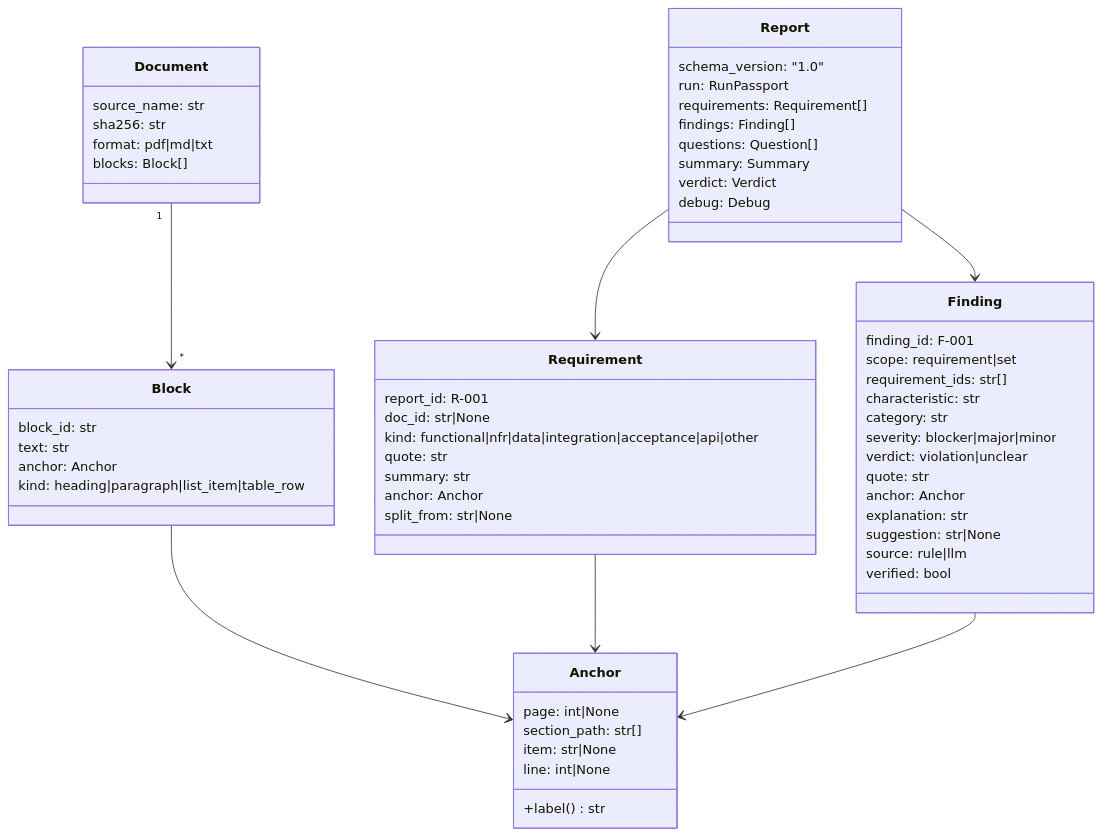
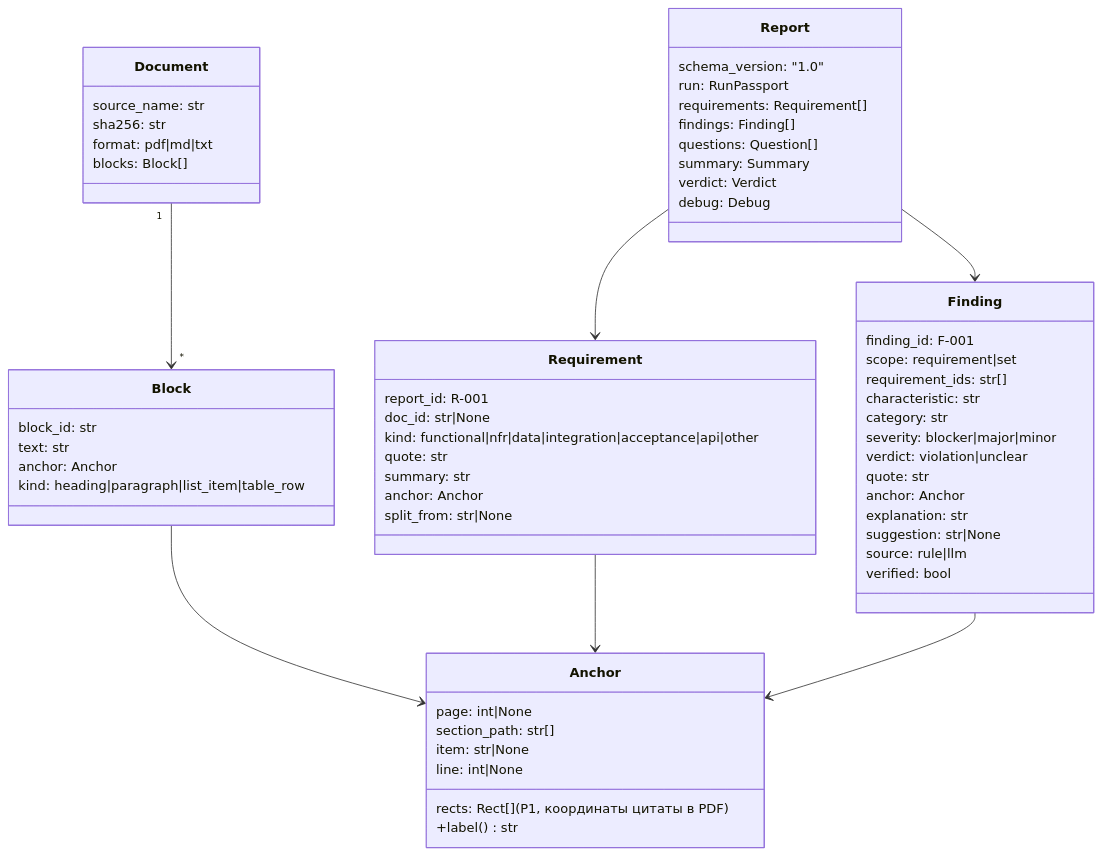
One commit to yernururue/bcc-hack changed the third of 4 diagrams in docs/03-architecture.md. Above: the diagram before and after it, drawn with Mermaid. The commit also changed other lines of this file and 5 other files, not shown here.

````diff
--- a/docs/03-architecture.md
+++ b/docs/03-architecture.md
@@ -65,62 +65,63 @@
 ```mermaid
 classDiagram
   class Document {
     source_name: str
     sha256: str
     format: pdf|md|txt
     blocks: Block[]
   }
   class Block {
     block_id: str
     text: str
     anchor: Anchor
     kind: heading|paragraph|list_item|table_row
   }
   class Anchor {
     page: int|None
     section_path: str[]
     item: str|None
     line: int|None
+    rects: Rect[]  (P1, координаты цитаты в PDF)
     +label() str
   }
   class Requirement {
     report_id: R-001
     doc_id: str|None
     kind: functional|nfr|data|integration|acceptance|api|other
     quote: str
     summary: str
     anchor: Anchor
     split_from: str|None
   }
   class Finding {
     finding_id: F-001
     scope: requirement|set
     requirement_ids: str[]
     characteristic: str
     category: str
     severity: blocker|major|minor
     verdict: violation|unclear
     quote: str
     anchor: Anchor
     explanation: str
     suggestion: str|None
     source: rule|llm
     verified: bool
   }
   class Report {
     schema_version: "1.0"
     run: RunPassport
     requirements: Requirement[]
     findings: Finding[]
     questions: Question[]
     summary: Summary
     verdict: Verdict
     debug: Debug
   }
   Document "1" --> "*" Block
   Block --> Anchor
   Requirement --> Anchor
   Finding --> Anchor
   Report --> Requirement
   Report --> Finding
 ```
````
